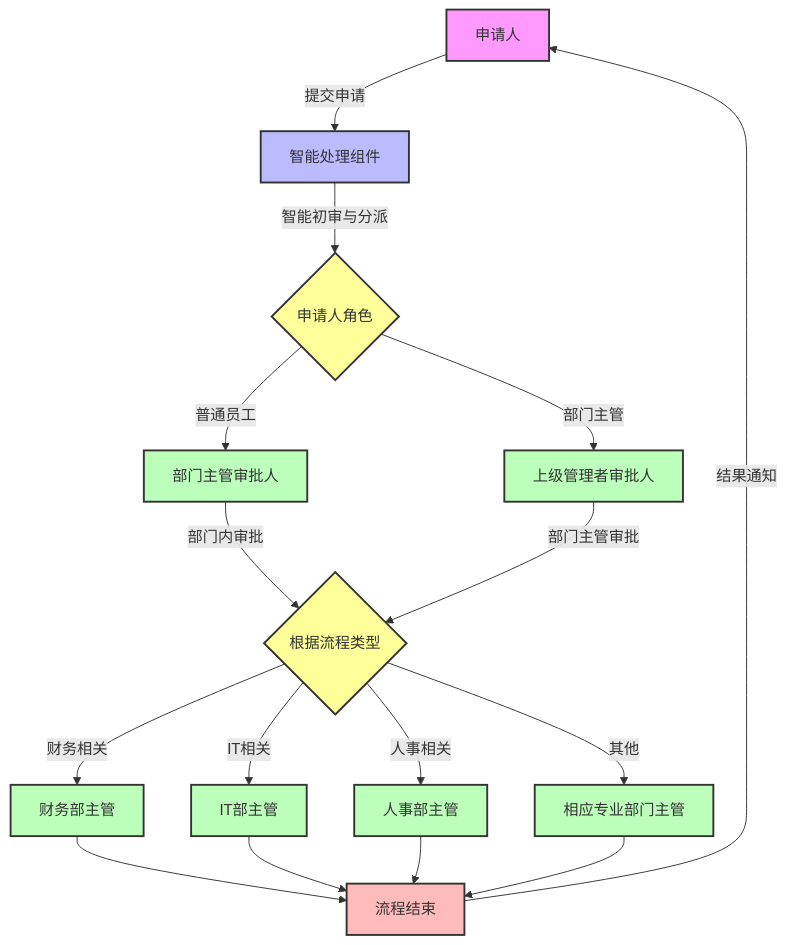
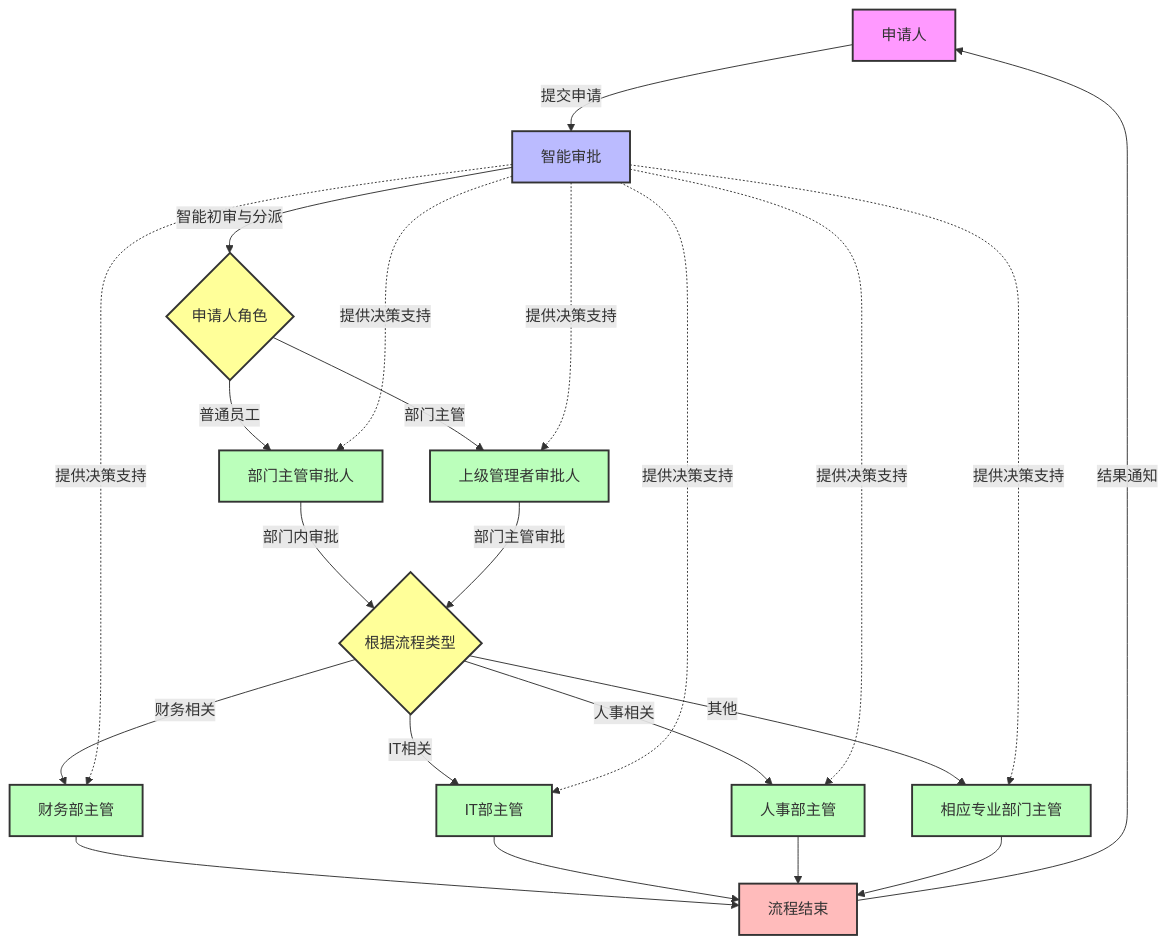
The first of 5 diagrams in src/series/myprojects/FlowMind/开发流程/需求分析/角色定义.md (Moonlight168/blog), drawn with Mermaid before and after one commit. The commit also changed other lines of this file and 20 other files, not shown here.

````diff
--- a/src/series/myprojects/FlowMind/开发流程/需求分析/角色定义.md
+++ b/src/series/myprojects/FlowMind/开发流程/需求分析/角色定义.md
@@ -50,30 +52,36 @@
 ```mermaid
 flowchart TD
-    A[申请人] -->|提交申请| B[智能处理组件]
+    A[申请人] -->|提交申请| B[智能审批]
     B -->|智能初审与分派| K{申请人角色}
     K -->|普通员工| C[部门主管审批人]
     K -->|部门主管| J[上级管理者审批人]
     C -->|部门内审批| D{根据流程类型}
     J -->|部门主管审批| D
     D -->|财务相关| E[财务部主管]
     D -->|IT相关| F[IT部主管]
     D -->|人事相关| G[人事部主管]
     D -->|其他| H[相应专业部门主管]
     E --> I[流程结束]
     F --> I
     G --> I
     H --> I
     I -->|结果通知| A
+    B -.->|提供决策支持| C
+    B -.->|提供决策支持| E
+    B -.->|提供决策支持| F
+    B -.->|提供决策支持| G
+    B -.->|提供决策支持| H
+    B -.->|提供决策支持| J
     
     classDef user fill:#f9f,stroke:#333,stroke-width:2px;
-    classDef agent fill:#bbf,stroke:#333,stroke-width:2px;
+    classDef ai fill:#bbf,stroke:#333,stroke-width:2px;
     classDef approver fill:#bfb,stroke:#333,stroke-width:2px;
     classDef endNode fill:#fbb,stroke:#333,stroke-width:2px;
     classDef decisionNode fill:#ffff99,stroke:#333,stroke-width:2px;
     
     class A user;
-    class B agent;
+    class B ai;
     class C,E,F,G,H,J approver;
     class I endNode;
     class D,K decisionNode;
 ```
````
